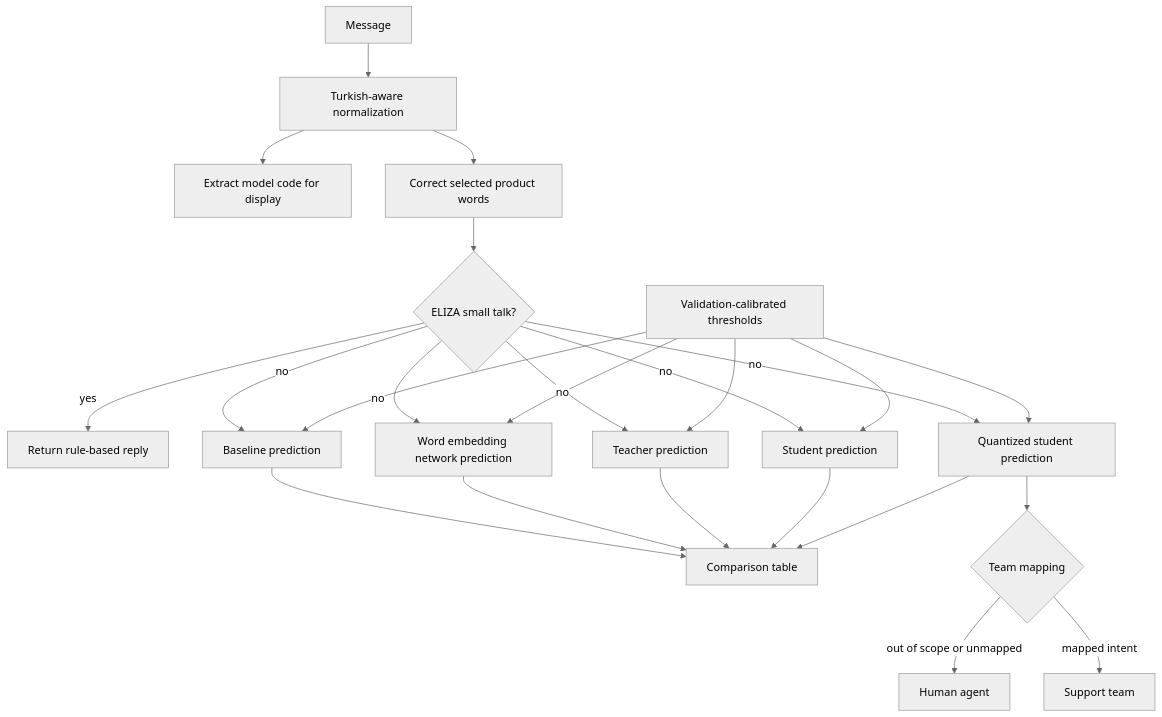
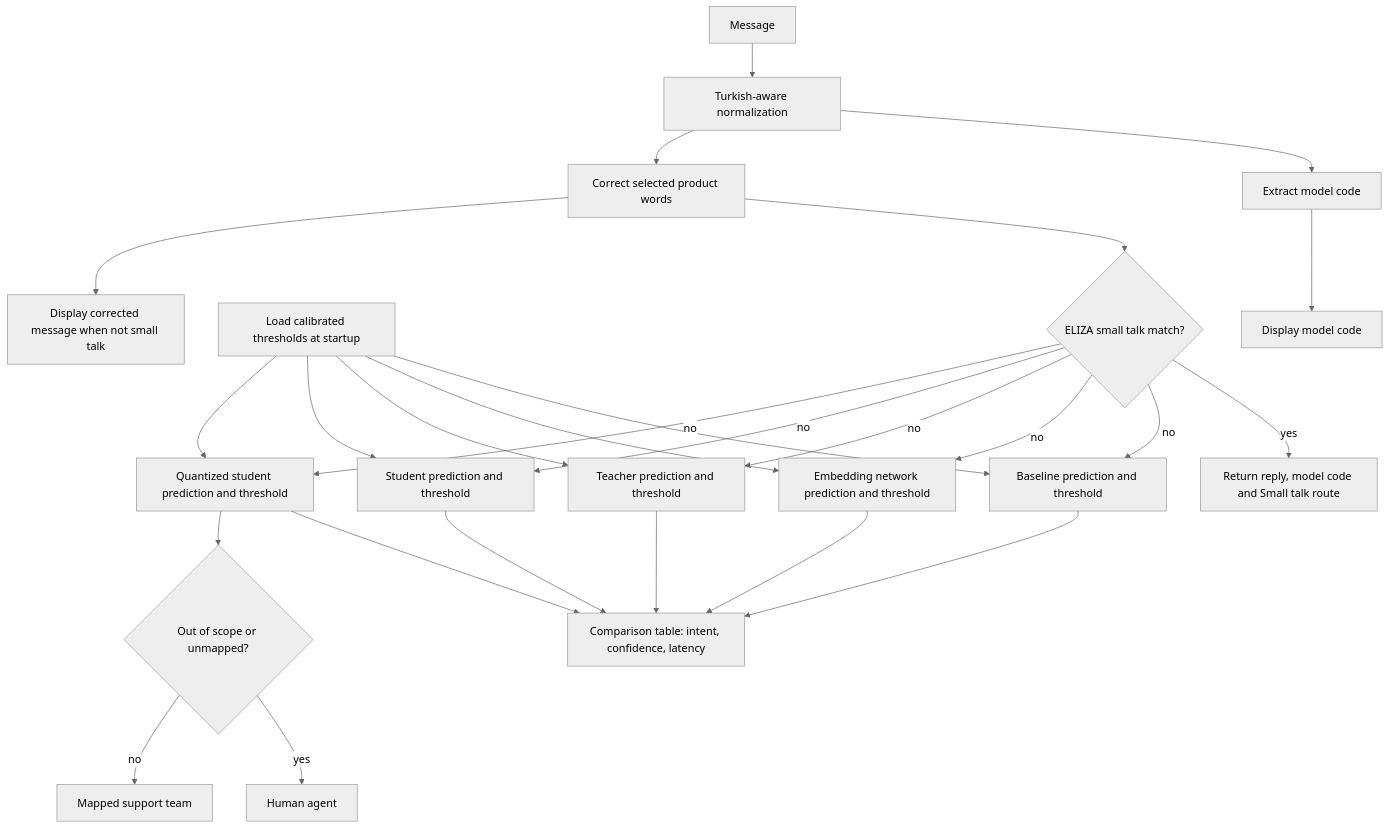
Before and after one commit to aleynakiran/HomeworkLLM: the diagram in docs/architecture.md, drawn with Mermaid (neutral theme). The commit also changed other lines of this file and 6 other files, not shown here.

````diff
--- a/docs/architecture.md
+++ b/docs/architecture.md
@@ -3,26 +3,28 @@
 ```mermaid
 flowchart TD
     A[Message] --> B[Turkish-aware normalization]
-    B --> C[Extract model code for display]
+    B --> C[Extract model code]
     B --> D[Correct selected product words]
-    D --> E{ELIZA small talk?}
-    E -->|yes| F[Return rule-based reply]
-    E -->|no| G[Baseline prediction]
-    E -->|no| H[Word embedding network prediction]
-    E -->|no| I[Teacher prediction]
-    E -->|no| J[Student prediction]
-    E -->|no| K[Quantized student prediction]
-    T[Validation-calibrated thresholds] --> G
+    D --> E{ELIZA small talk match?}
+    E -->|yes| F[Return reply, model code and Small talk route]
+    E -->|no| G[Baseline prediction and threshold]
+    E -->|no| H[Embedding network prediction and threshold]
+    E -->|no| I[Teacher prediction and threshold]
+    E -->|no| J[Student prediction and threshold]
+    E -->|no| K[Quantized student prediction and threshold]
+    T[Load calibrated thresholds at startup] --> G
     T --> H
     T --> I
     T --> J
     T --> K
-    G --> L[Comparison table]
+    G --> L[Comparison table: intent, confidence, latency]
     H --> L
     I --> L
     J --> L
     K --> L
-    K --> M{Team mapping}
-    M -->|out of scope or unmapped| N[Human agent]
-    M -->|mapped intent| O[Support team]
+    K --> M{Out of scope or unmapped?}
+    M -->|yes| N[Human agent]
+    M -->|no| O[Mapped support team]
+    C --> P[Display model code]
+    D --> Q[Display corrected message when not small talk]
 ```
````
